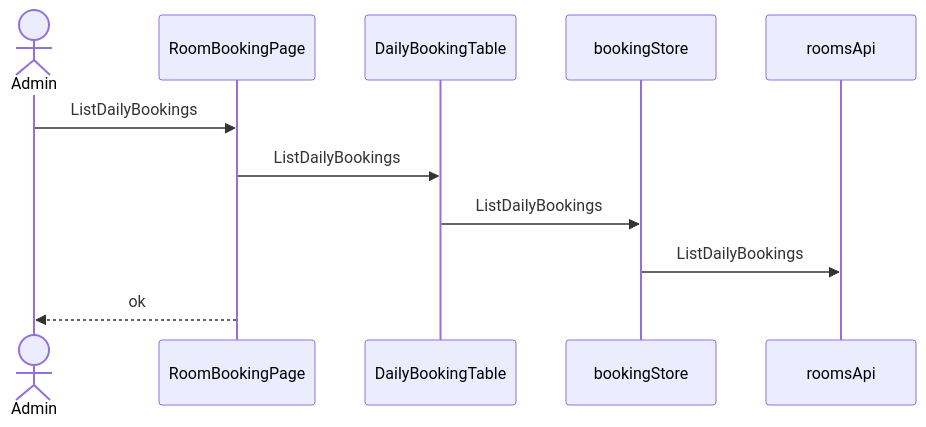
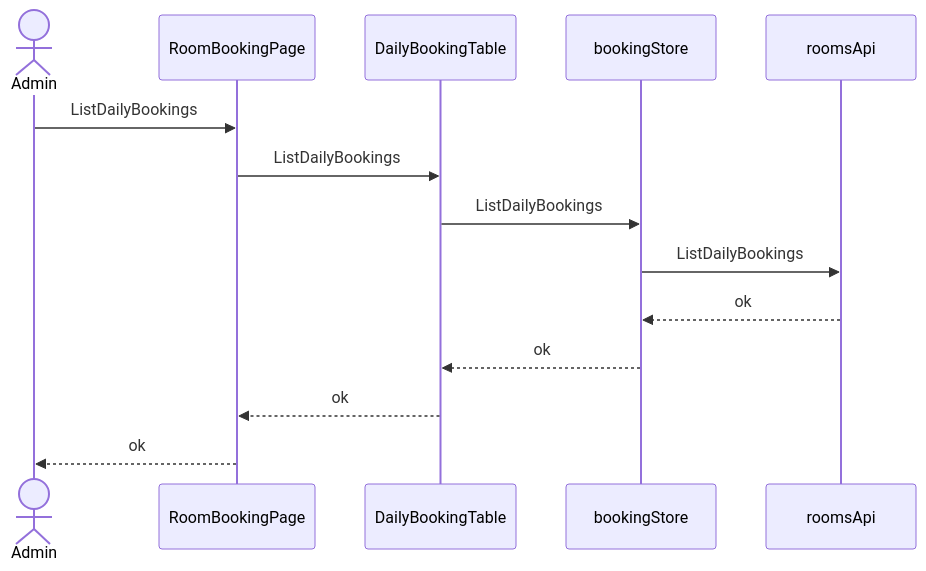
The sixth of 6 diagrams in skills/spec-dev-process/examples/matrix/fe-only-zh-s2/specs/rd/room-booking/spec/30-architecture-c4.md (pin0513/AITools), drawn with Mermaid before and after one commit. The commit also changed other lines of this file and 257 other files, not shown here.

````diff
--- a/skills/spec-dev-process/examples/matrix/fe-only-zh-s2/specs/rd/room-booking/spec/30-architecture-c4.md
+++ b/skills/spec-dev-process/examples/matrix/fe-only-zh-s2/specs/rd/room-booking/spec/30-architecture-c4.md
@@ -107,13 +113,16 @@
 ```mermaid
 sequenceDiagram
   actor U as Admin
   participant CMP001 as RoomBookingPage
   participant CMP004 as DailyBookingTable
   participant CMP005 as bookingStore
   participant CMP006 as roomsApi
   U->>CMP001: ListDailyBookings
   CMP001->>CMP004: ListDailyBookings
   CMP004->>CMP005: ListDailyBookings
   CMP005->>CMP006: ListDailyBookings
+  CMP006-->>CMP005: ok
+  CMP005-->>CMP004: ok
+  CMP004-->>CMP001: ok
   CMP001-->>U: ok
 ```
````
